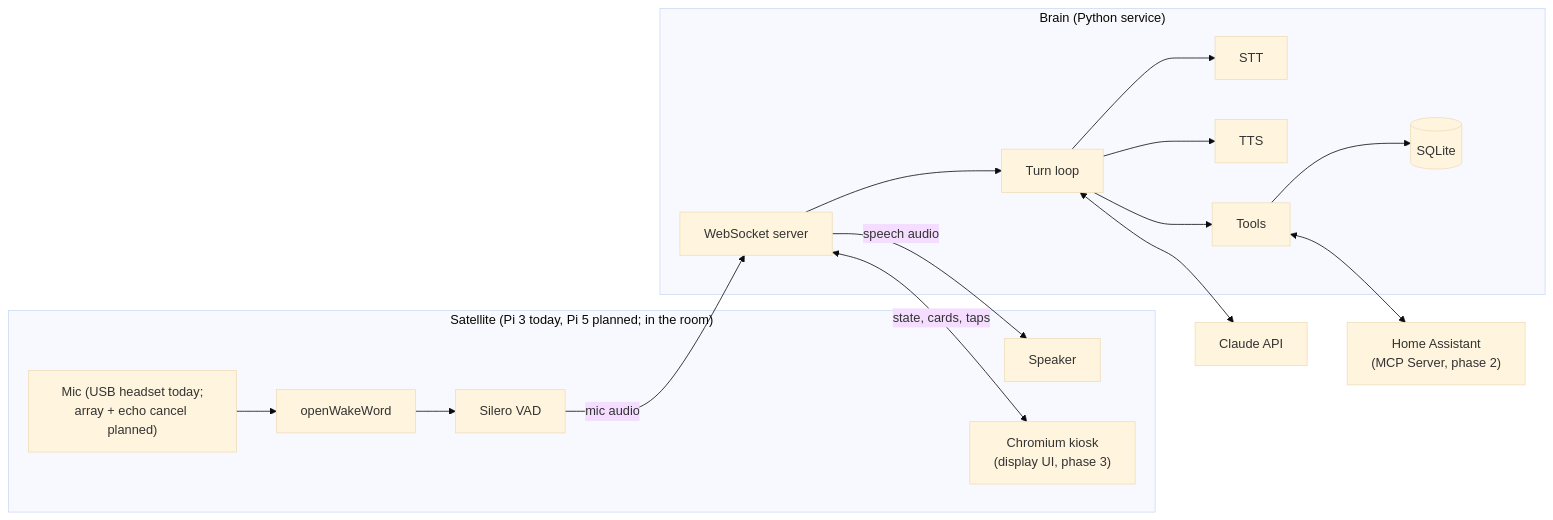
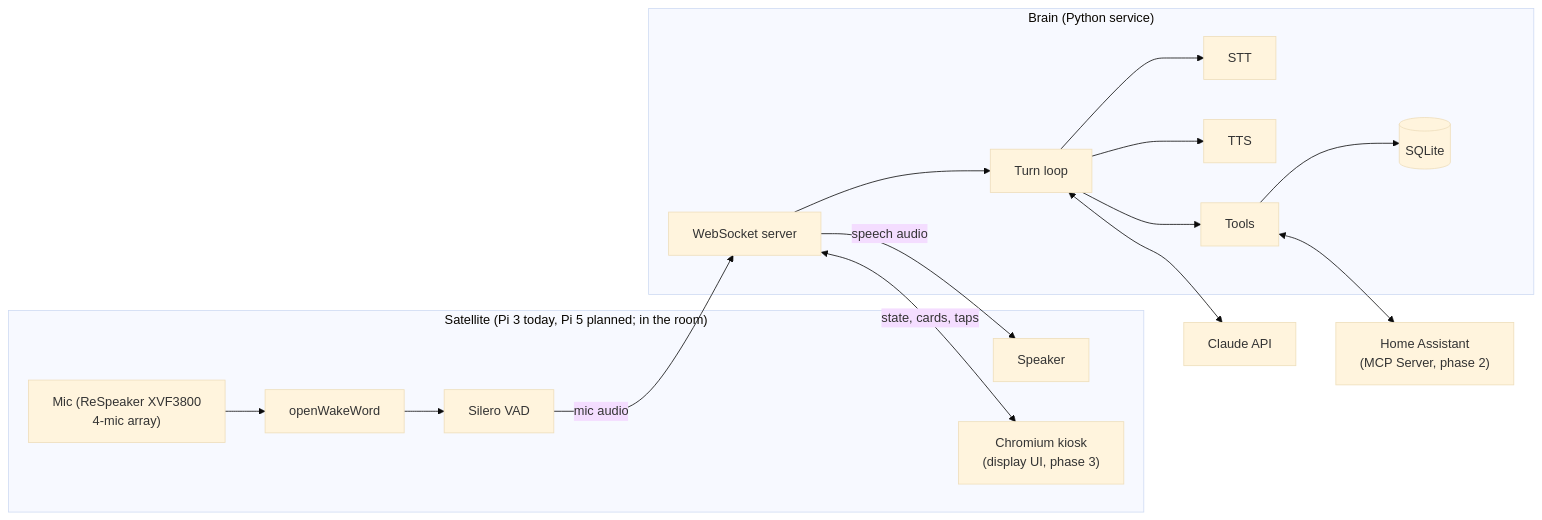
Before and after one commit to xanderscannell/claude-home: the first of 2 diagrams in docs/architecture.md, drawn with Mermaid (base theme). The commit also changed other lines of this file and 3 other files, not shown here.

First line of the commit message:
Listen on the ReSpeaker XVF3800 array's processed beam

````diff
--- a/docs/architecture.md
+++ b/docs/architecture.md
@@ -35,29 +35,29 @@
 ```mermaid
 flowchart LR
   subgraph Satellite["Satellite (Pi 3 today, Pi 5 planned; in the room)"]
-    MIC["Mic (USB headset today;<br/>array + echo cancel planned)"] --> WW[openWakeWord]
+    MIC["Mic (ReSpeaker XVF3800<br/>4-mic array)"] --> WW[openWakeWord]
     WW --> VAD[Silero VAD]
     SPK[Speaker]
     UI["Chromium kiosk<br/>(display UI, phase 3)"]
   end
 
   subgraph Brain["Brain (Python service)"]
     WS[WebSocket server]
     TURN[Turn loop]
     STT[STT]
     TTS[TTS]
     TOOLS[Tools]
     DB[(SQLite)]
   end
 
   VAD -- mic audio --> WS
   WS -- speech audio --> SPK
   WS <-- state, cards, taps --> UI
   WS --> TURN
   TURN --> STT
   TURN <--> CLAUDE[Claude API]
   TURN --> TTS
   TURN --> TOOLS
   TOOLS --> DB
   TOOLS <--> HA["Home Assistant<br/>(MCP Server, phase 2)"]
 ```
````
